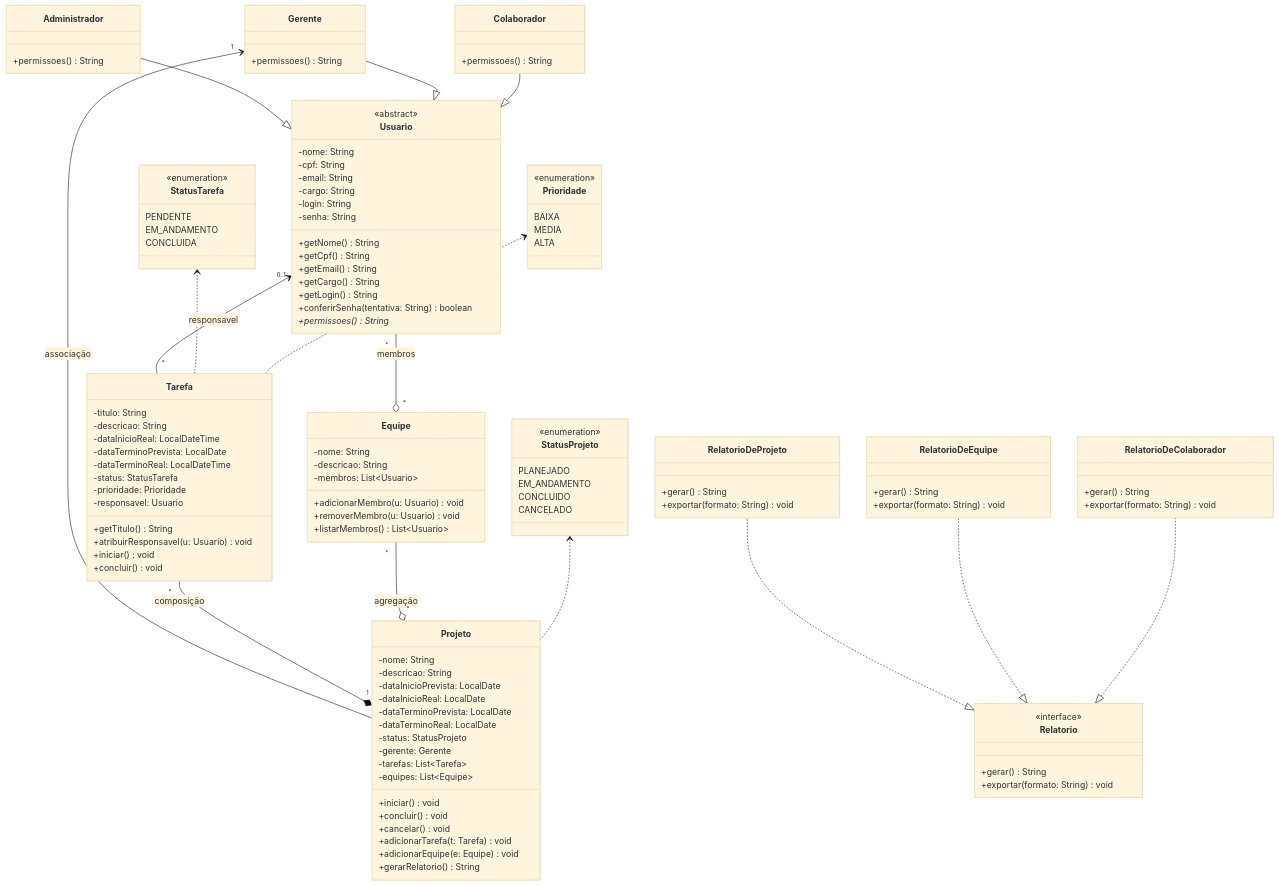
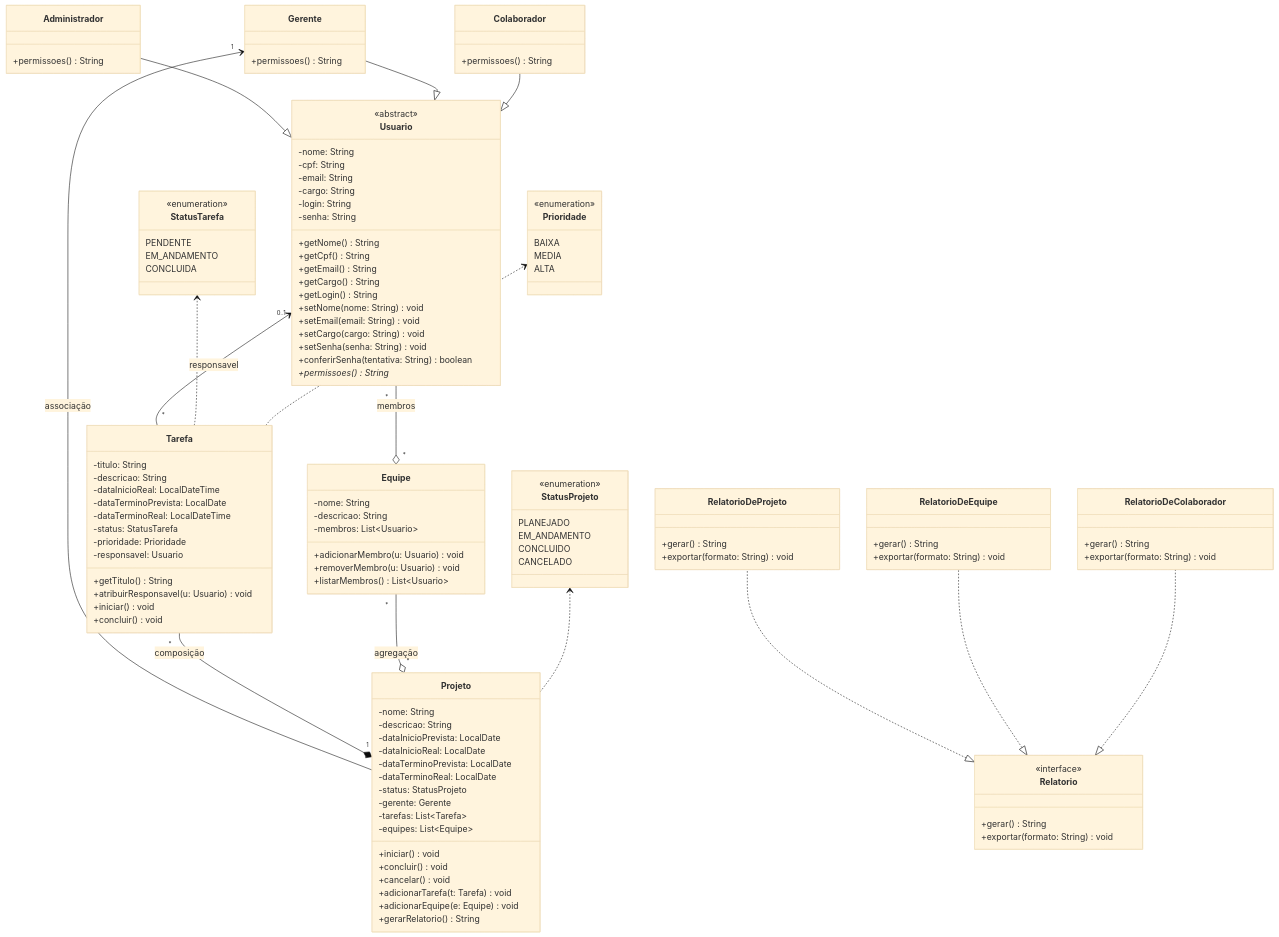
Before and after one commit to nbzabeu-coder/A3_GestaoProjetos: the diagram in design/diagrama-classes.md, drawn with Mermaid (base theme). The commit also changed 4 other files, not shown here.

```diff
--- a/design/diagrama-classes.md
+++ b/design/diagrama-classes.md
@@ -21,9 +21,14 @@
         +getEmail() String
         +getCargo() String
         +getLogin() String
+        +setNome(nome: String) void
+        +setEmail(email: String) void
+        +setCargo(cargo: String) void
+        +setSenha(senha: String) void
         +conferirSenha(tentativa: String) boolean
         +permissoes() String*
     }
+
 
     class Administrador {
         +permissoes() String
```
